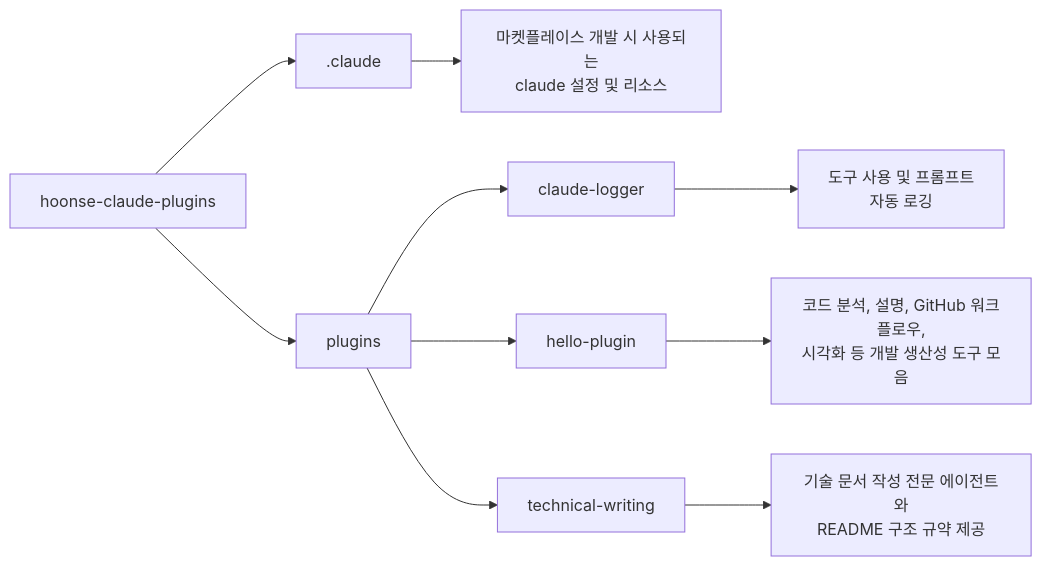
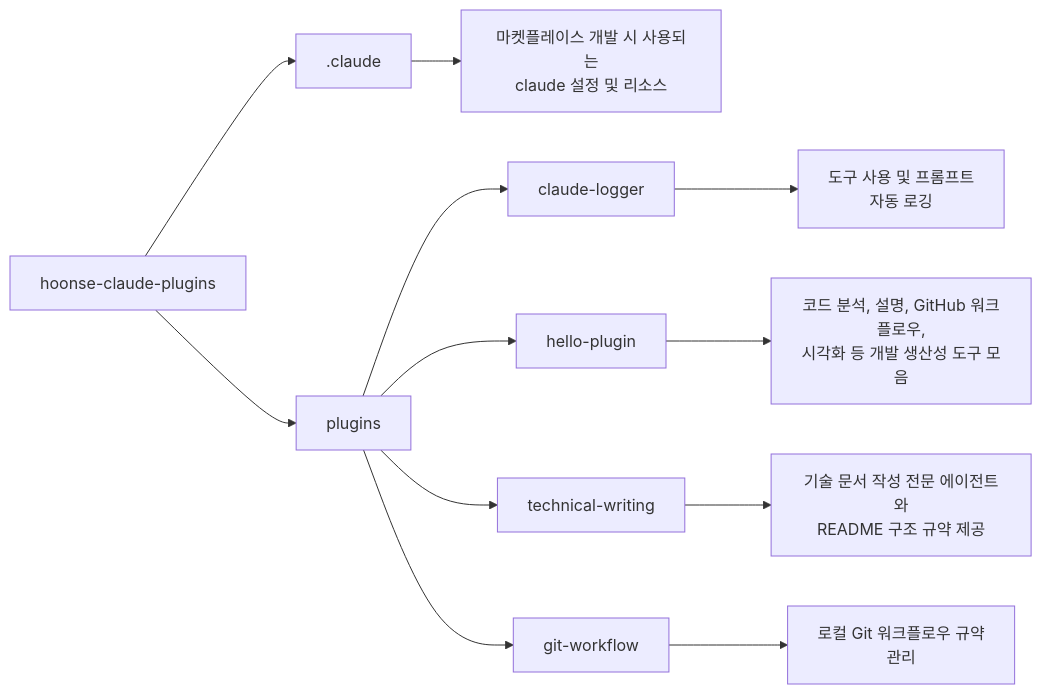
One commit to iamhoonse-dev/hoonse-claude-plugins changed the diagram in README.md. Above: the diagram before and after it, drawn with Mermaid. The commit also changed other lines of this file and 6 other files, not shown here.

First line of the commit message:
feat(git-workflow): git 워크플로우 전담 플러그인 생성 및 기존 에이전트/스킬 이동

````diff
--- a/README.md
+++ b/README.md
@@ -7,12 +7,14 @@
 ```mermaid
 graph LR
     A[hoonse-claude-plugins] --> B[.claude]
     B --> B1[마켓플레이스 개발 시 사용되는<br/>claude 설정 및 리소스]
     A --> C[plugins]
     C --> D[claude-logger]
     D --> D1[도구 사용 및 프롬프트<br/>자동 로깅]
     C --> E[hello-plugin]
     E --> E1[코드 분석, 설명, GitHub 워크플로우,<br/>시각화 등 개발 생산성 도구 모음]
     C --> F[technical-writing]
     F --> F1[기술 문서 작성 전문 에이전트와<br/>README 구조 규약 제공]
+    C --> G[git-workflow]
+    G --> G1[로컬 Git 워크플로우 규약<br/>관리]
 ```
````
